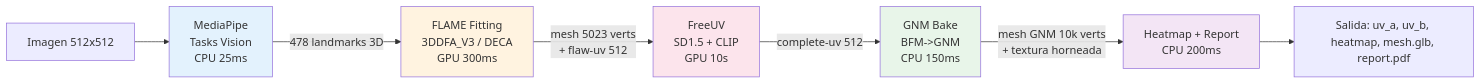
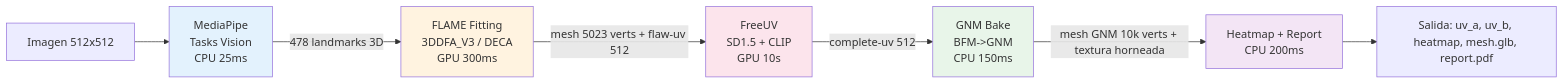
The second of 4 diagrams in PIPELINE.md (dinoesau/vultus), drawn with Mermaid before and after one commit. The commit also changed other lines of this file, not shown here.

Commit message:
docs: fix mermaid syntax in pipeline diagram
Quote node labels containing braces, HTML breaks, and arrows so GitHub renders the flowcharts.

````diff
--- a/PIPELINE.md
+++ b/PIPELINE.md
@@ -36,15 +36,15 @@
 ```mermaid
 graph LR
-    I[Imagen 512x512] --> M[MediaPipe<br/>Tasks Vision<br/>CPU 25ms]
-    M -->|478 landmarks 3D| F[FLAME Fitting<br/>3DDFA_V3 / DECA<br/>GPU 300ms]
-    F -->|mesh 5023 verts<br/>+ flaw-uv 512| U[FreeUV<br/>SD1.5 + CLIP<br/>GPU 10s]
-    U -->|complete-uv 512| G[GNM Bake<br/>BFM->GNM<br/>CPU 150ms]
-    G -->|mesh GNM 10k verts<br/>+ textura horneada| H[Heatmap + Report<br/>CPU 200ms]
-    H --> O[Salida: uv_a, uv_b, heatmap, mesh.glb, report.pdf]
+    I["Imagen 512x512"] --> M["MediaPipe<br/>Tasks Vision<br/>CPU 25ms"]
+    M -->|"478 landmarks 3D"| F["FLAME Fitting<br/>3DDFA_V3 / DECA<br/>GPU 300ms"]
+    F -->|"mesh 5023 verts + flaw-uv 512"| U["FreeUV<br/>SD1.5 + CLIP<br/>GPU 10s"]
+    U -->|"complete-uv 512"| G["GNM Bake<br/>BFM->GNM<br/>CPU 150ms"]
+    G -->|"mesh GNM 10k verts + textura horneada"| H["Heatmap + Report<br/>CPU 200ms"]
+    H --> O["Salida: uv_a, uv_b, heatmap, mesh.glb, report.pdf"]
 
     style M fill:#e3f2fd
     style F fill:#fff3e0
     style U fill:#fce4ec
     style G fill:#e8f5e9
     style H fill:#f3e5f5
 ```
````
